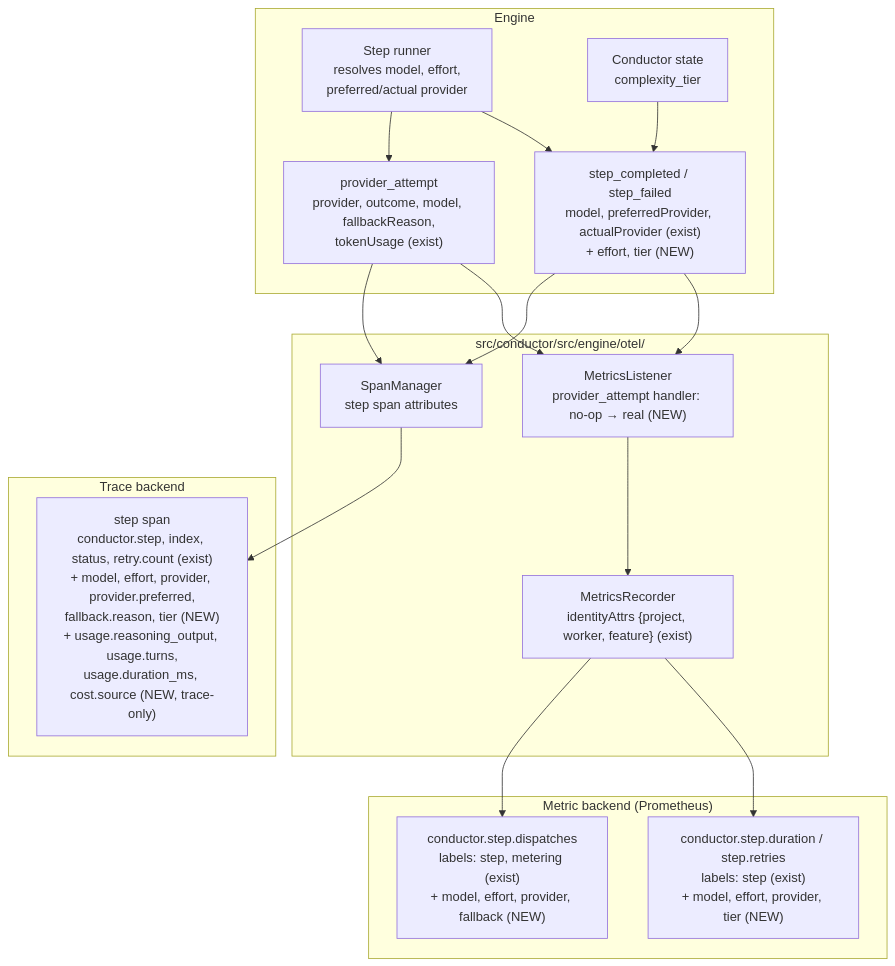
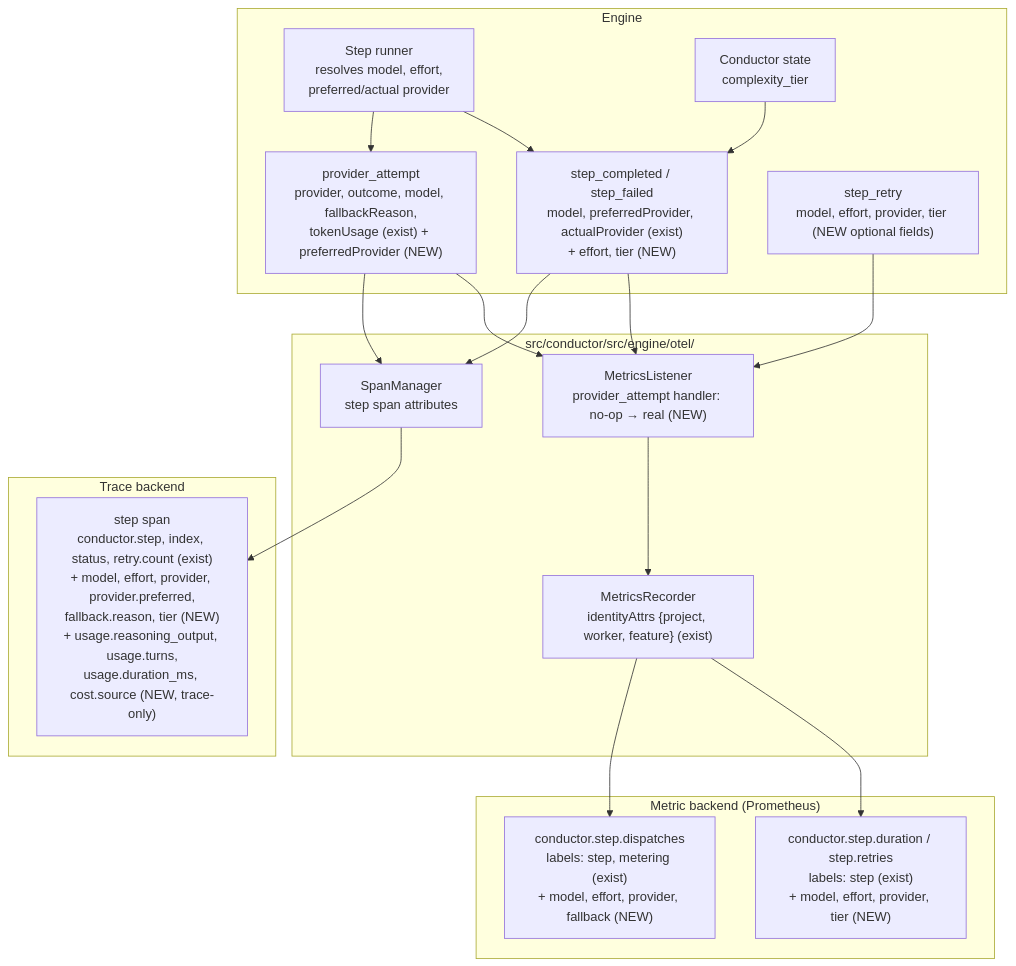
One commit to jstoup111/ai-conductor changed the diagram in .docs/architecture/export-the-telemetry-dimensions-the-engine-already.md. Above: the diagram before and after it, drawn with Mermaid. The commit also changed other lines of this file and 2 other files, not shown here.

````diff
--- a/.docs/architecture/export-the-telemetry-dimensions-the-engine-already.md
+++ b/.docs/architecture/export-the-telemetry-dimensions-the-engine-already.md
@@ -10,36 +10,38 @@
 ```mermaid
 graph TD
     subgraph Engine
         RES["Step runner<br/>resolves model, effort,<br/>preferred/actual provider"]
         STATE["Conductor state<br/>complexity_tier"]
         EC["step_completed / step_failed<br/>model, preferredProvider, actualProvider (exist)<br/>+ effort, tier (NEW)"]
-        PA["provider_attempt<br/>provider, outcome, model, fallbackReason,<br/>tokenUsage (exist)"]
+        PA["provider_attempt<br/>provider, outcome, model, fallbackReason,<br/>tokenUsage (exist) + preferredProvider (NEW)"]
+        RETRY["step_retry<br/>model, effort, provider, tier (NEW optional fields)"]
     end
 
     subgraph otel["src/conductor/src/engine/otel/"]
         ML["MetricsListener<br/>provider_attempt handler: no-op → real (NEW)"]
         MR["MetricsRecorder<br/>identityAttrs {project, worker, feature} (exist)"]
         SM["SpanManager<br/>step span attributes"]
     end
 
     subgraph Backend["Metric backend (Prometheus)"]
         DUR["conductor.step.duration / step.retries<br/>labels: step (exist)<br/>+ model, effort, provider, tier (NEW)"]
         DISP["conductor.step.dispatches<br/>labels: step, metering (exist)<br/>+ model, effort, provider, fallback (NEW)"]
     end
 
     subgraph Tempo["Trace backend"]
         SPAN["step span<br/>conductor.step, index, status, retry.count (exist)<br/>+ model, effort, provider, provider.preferred,<br/>fallback.reason, tier (NEW)<br/>+ usage.reasoning_output, usage.turns,<br/>usage.duration_ms, cost.source (NEW, trace-only)"]
     end
 
     RES --> EC
     STATE --> EC
     RES --> PA
     EC --> ML
     PA --> ML
+    RETRY --> ML
     ML --> MR
     EC --> SM
     PA --> SM
     MR --> DUR
     MR --> DISP
     SM --> SPAN
 ```
````
